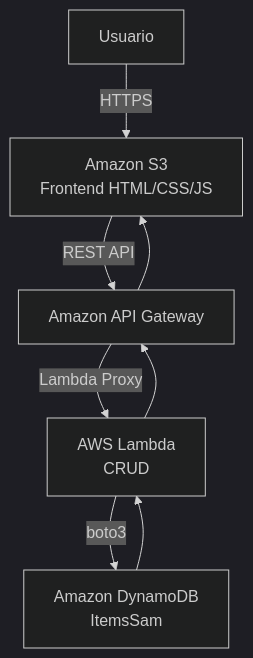
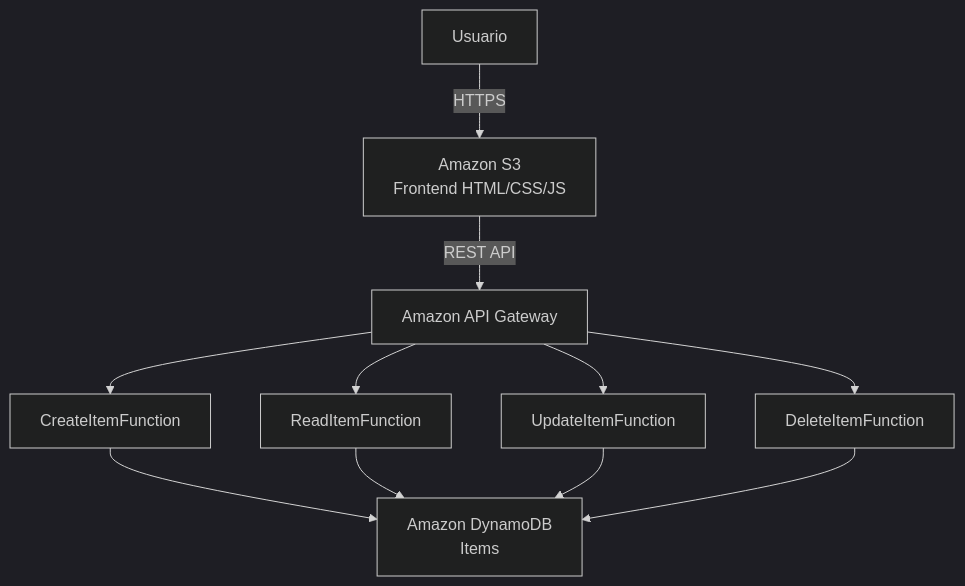
Before and after one commit to lumusa2design/Primer-Trabajo-Computacion-en-la-nube: the diagram in README.md, drawn with Mermaid (dark theme). The commit also changed other lines of this file, not shown here.

````diff
--- a/README.md
+++ b/README.md
@@ -20,16 +18,26 @@
 ```mermaid
 flowchart TD
     U[Usuario]
     S3[Amazon S3<br>Frontend HTML/CSS/JS]
     APIGW[Amazon API Gateway]
-    L[AWS Lambda<br>CRUD]
-    DDB[Amazon DynamoDB<br>ItemsSam]
+
+    C[CreateItemFunction]
+    R[ReadItemFunction]
+    U2[UpdateItemFunction]
+    D[DeleteItemFunction]
+
+    DB[Amazon DynamoDB<br>Items]
 
     U -->|HTTPS| S3
     S3 -->|REST API| APIGW
-    APIGW -->|Lambda Proxy| L
-    L -->|boto3| DDB
-    DDB --> L
-    L --> APIGW
-    APIGW --> S3
+
+    APIGW --> C
+    APIGW --> R
+    APIGW --> U2
+    APIGW --> D
+
+    C --> DB
+    R --> DB
+    U2 --> DB
+    D --> DB
 ```
````
